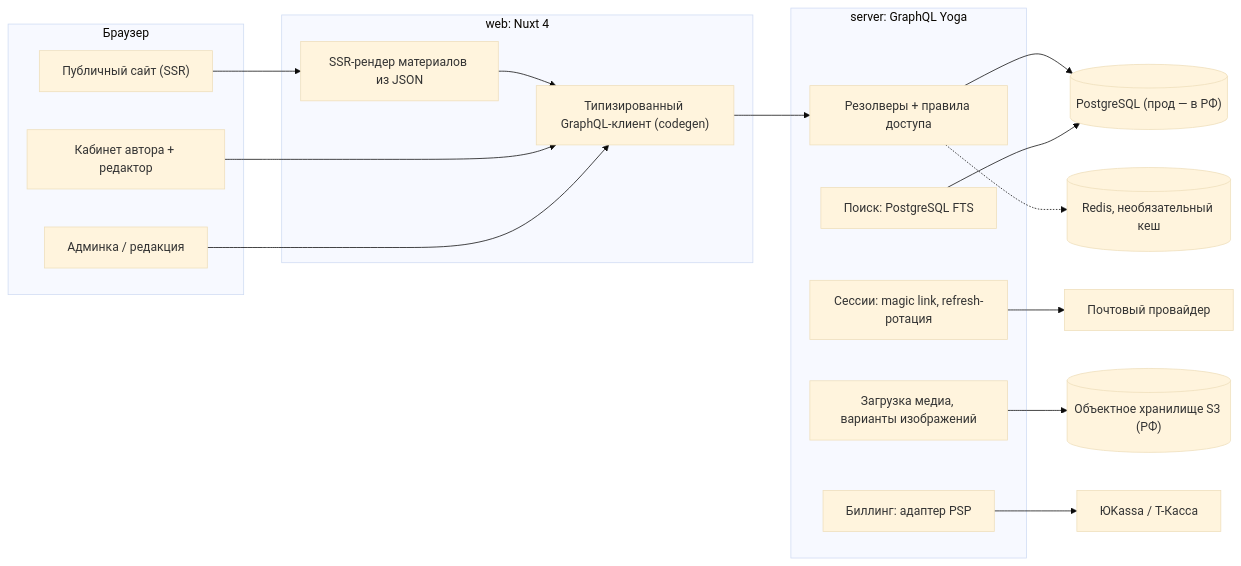
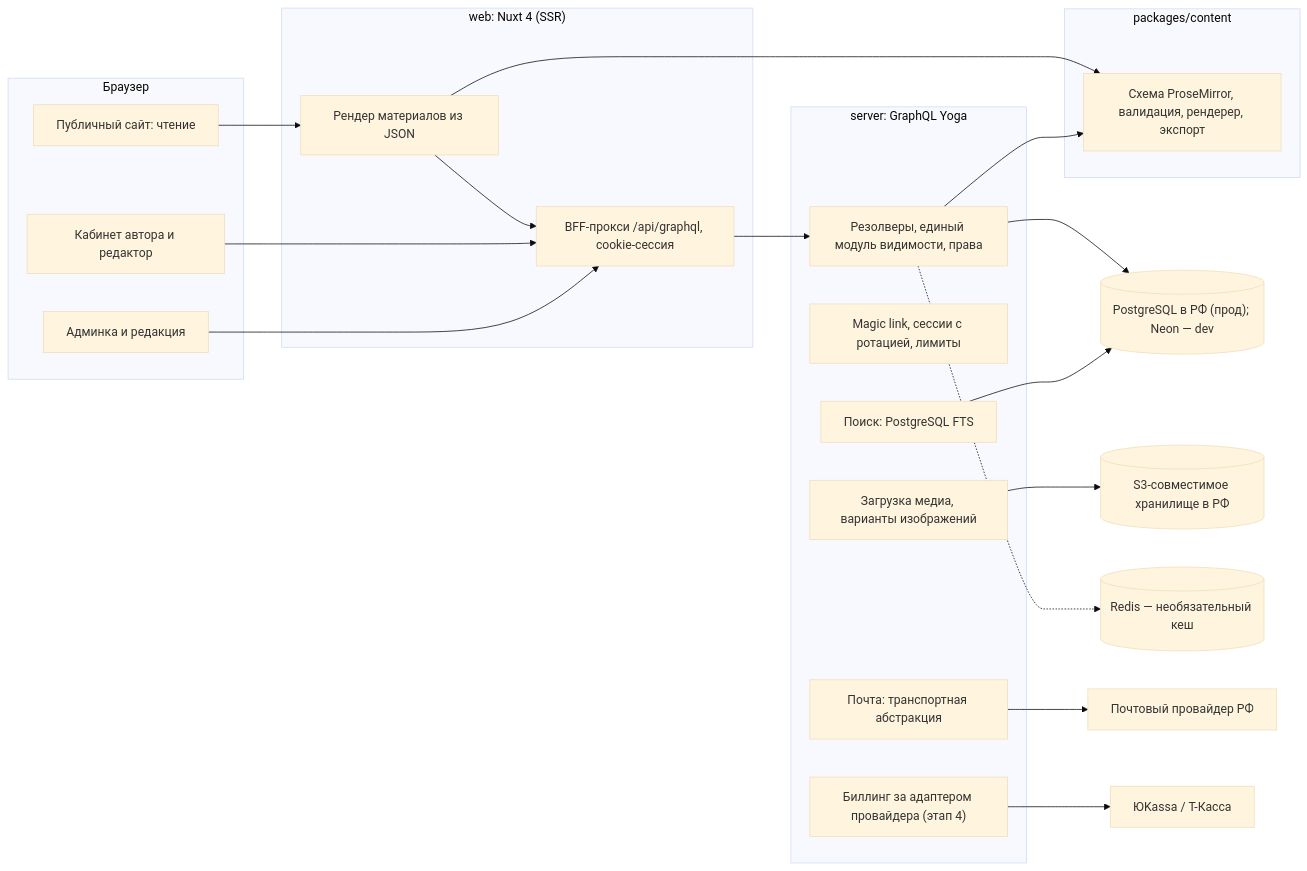
One commit to Egoka/Altera changed the diagram in docs/vision/02-target-architecture.md. Above: the diagram before and after it, drawn with Mermaid (base theme). The commit also changed other lines of this file and 9 other files, not shown here.

````diff
--- a/docs/vision/02-target-architecture.md
+++ b/docs/vision/02-target-architecture.md
@@ -33,34 +33,40 @@
 ```mermaid
 flowchart LR
   subgraph Client["Браузер"]
-    Pub["Публичный сайт (SSR)"]
-    Cab["Кабинет автора + редактор"]
-    Adm["Админка / редакция"]
+    Pub["Публичный сайт: чтение"]
+    Cab["Кабинет автора и редактор"]
+    Adm["Админка и редакция"]
   end
-  subgraph Nuxt["web: Nuxt 4"]
-    SSR["SSR-рендер материалов из JSON"]
-    GQLc["Типизированный GraphQL-клиент (codegen)"]
+  subgraph Nuxt["web: Nuxt 4 (SSR)"]
+    BFF["BFF-прокси /api/graphql, cookie-сессия"]
+    Render["Рендер материалов из JSON"]
+  end
+  subgraph Content["packages/content"]
+    Schema["Схема ProseMirror, валидация, рендерер, экспорт"]
   end
   subgraph API["server: GraphQL Yoga"]
-    Res["Резолверы + правила доступа"]
-    Auth["Сессии: magic link, refresh-ротация"]
+    Res["Резолверы, единый модуль видимости, права"]
+    Auth["Magic link, сессии с ротацией, лимиты"]
     Media["Загрузка медиа, варианты изображений"]
     Search["Поиск: PostgreSQL FTS"]
-    Bill["Биллинг: адаптер PSP"]
+    Bill["Биллинг за адаптером провайдера (этап 4)"]
+    Mail["Почта: транспортная абстракция"]
   end
-  PG[("PostgreSQL (прод — в РФ)")]
-  S3[("Объектное хранилище S3 (РФ)")]
-  RedisC[("Redis, необязательный кеш")]
-  Mail["Почтовый провайдер"]
+  PG[("PostgreSQL в РФ (прод); Neon — dev")]
+  S3[("S3-совместимое хранилище в РФ")]
+  RedisC[("Redis — необязательный кеш")]
+  MailP["Почтовый провайдер РФ"]
   PSP["ЮKassa / Т-Касса"]
 
-  Pub --> SSR --> GQLc --> Res
-  Cab --> GQLc
-  Adm --> GQLc
+  Pub --> Render --> BFF --> Res
+  Cab --> BFF
+  Adm --> BFF
+  Render --> Schema
+  Res --> Schema
   Res --> PG
   Res -.-> RedisC
   Media --> S3
-  Auth --> Mail
+  Mail --> MailP
   Bill --> PSP
   Search --> PG
 ```
````
